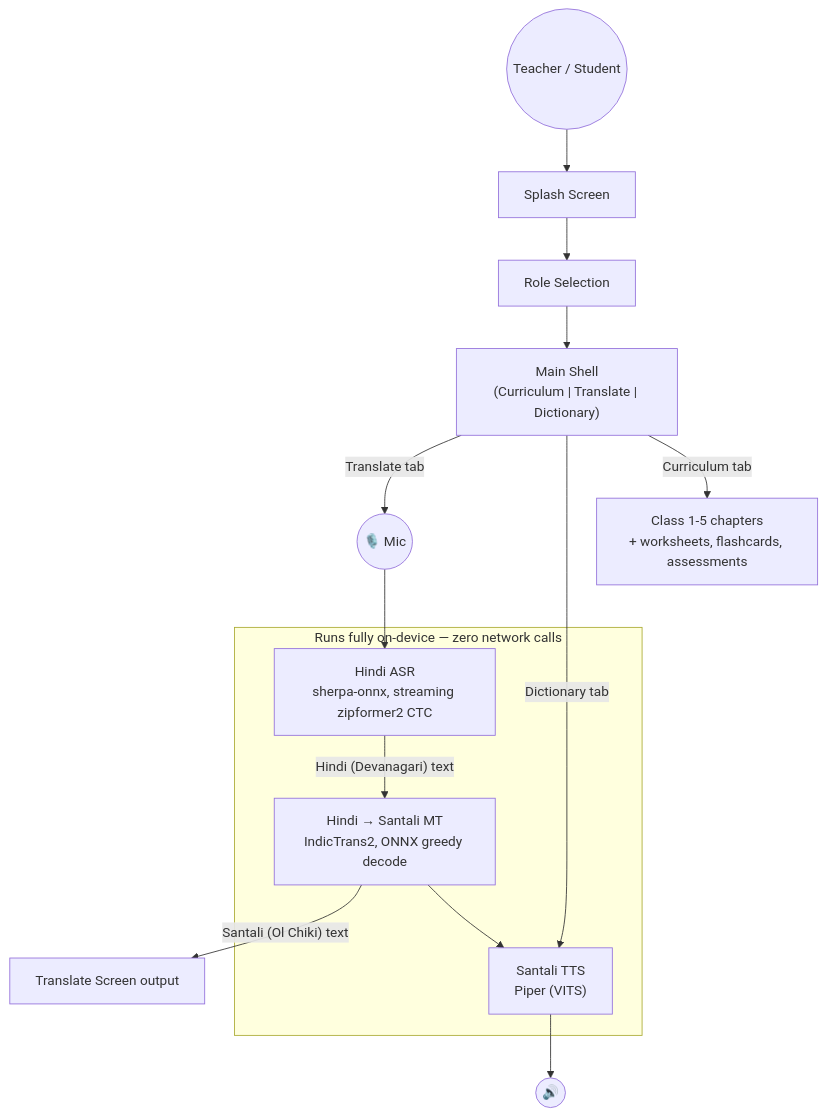
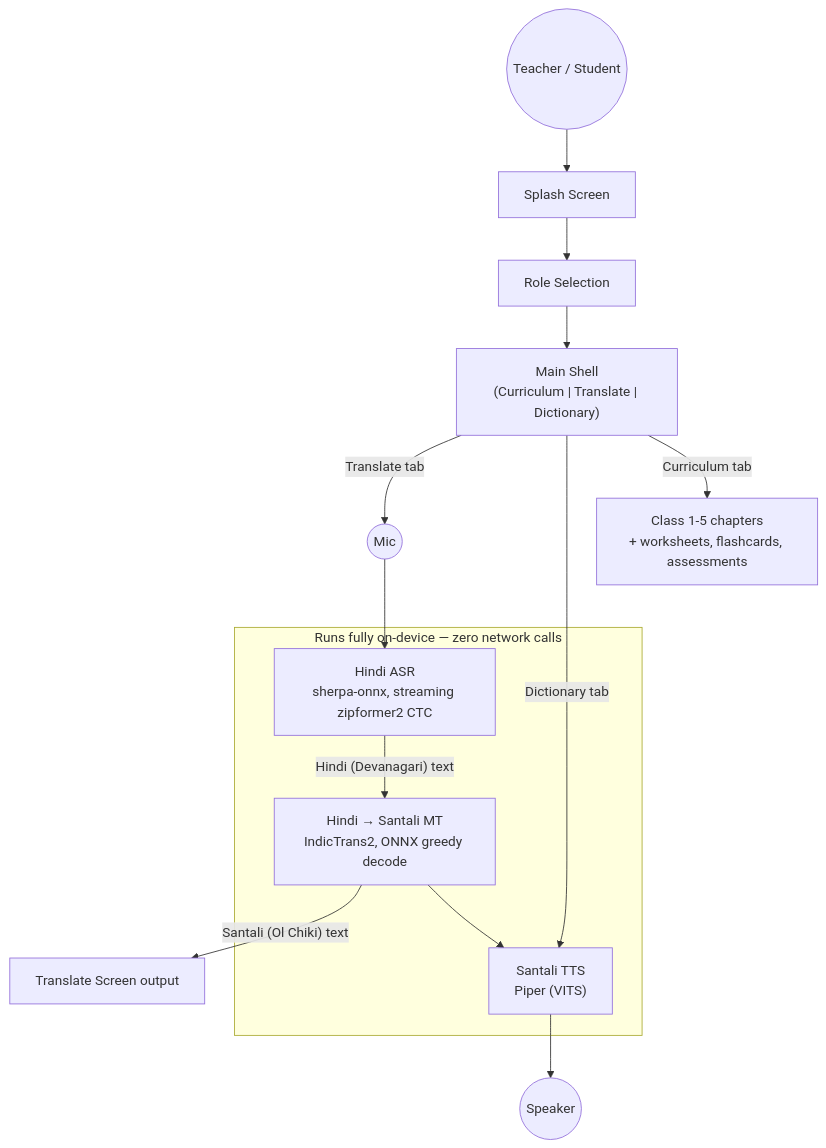
The diagram in README.md (bhavishyagoyal1/Vanisetu), drawn with Mermaid before and after one commit. The commit also changed other lines of this file, not shown here.

````diff
--- a/README.md
+++ b/README.md
@@ -28,21 +66,21 @@
 ```mermaid
 flowchart TD
     User(("Teacher / Student")) --> Splash["Splash Screen"]
     Splash --> Role["Role Selection"]
     Role --> Shell["Main Shell\n(Curriculum | Translate | Dictionary)"]
-
-    Shell -->|"Translate tab"| Mic(("🎙️ Mic"))
+ 
+    Shell -->|"Translate tab"| Mic(("Mic"))
     Mic --> ASR["Hindi ASR\nsherpa-onnx, streaming zipformer2 CTC"]
     ASR -->|"Hindi (Devanagari) text"| MT["Hindi → Santali MT\nIndicTrans2, ONNX greedy decode"]
     MT -->|"Santali (Ol Chiki) text"| TransOut["Translate Screen output"]
     MT --> SatTTS["Santali TTS\nPiper (VITS)"]
     Shell -->|"Dictionary tab"| SatTTS
     Shell -->|"Curriculum tab"| Curriculum["Class 1-5 chapters\n+ worksheets, flashcards, assessments"]
-    SatTTS --> Speaker(("🔊"))
-
+    SatTTS --> Speaker(("Speaker"))
+ 
     subgraph OnDevice["Runs fully on-device — zero network calls"]
         ASR
         MT
         SatTTS
     end
 ```
````
